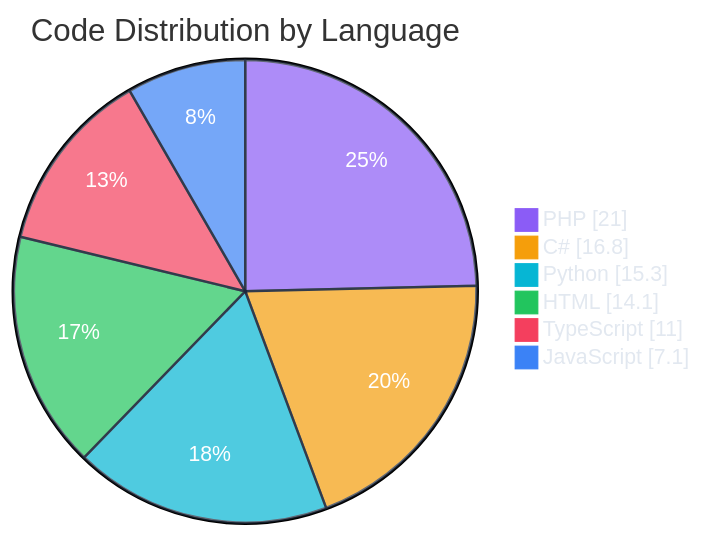
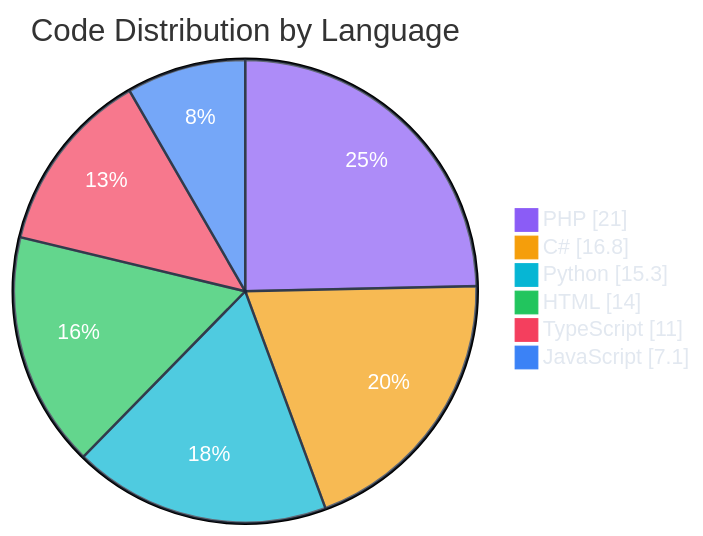
One commit to polo-nyan/polo-nyan changed the second of 7 diagrams in README.md. Above: the diagram before and after it, drawn with Mermaid. The commit also changed other lines of this file and 1 other file, not shown here.

````diff
--- a/README.md
+++ b/README.md
@@ -229,11 +229,11 @@
 ```mermaid
 %%{init: {"theme": "base", "themeVariables": { "pie1": "#8b5cf6", "pie2": "#f59e0b", "pie3": "#06b6d4", "pie4": "#22c55e", "pie5": "#f43f5e", "pie6": "#3b82f6", "pie7": "#ec4899", "pieTextColor": "#ffffff", "pieLegendTextColor": "#e2e8f0", "pieSectionTextColor": "#ffffff", "pieStrokeColor": "#1e293b" }}}%%
 pie showData
     title Code Distribution by Language
     "PHP" : 21.0
     "C#" : 16.8
     "Python" : 15.3
-    "HTML" : 14.1
+    "HTML" : 14.0
     "TypeScript" : 11.0
     "JavaScript" : 7.1
 ```
````
